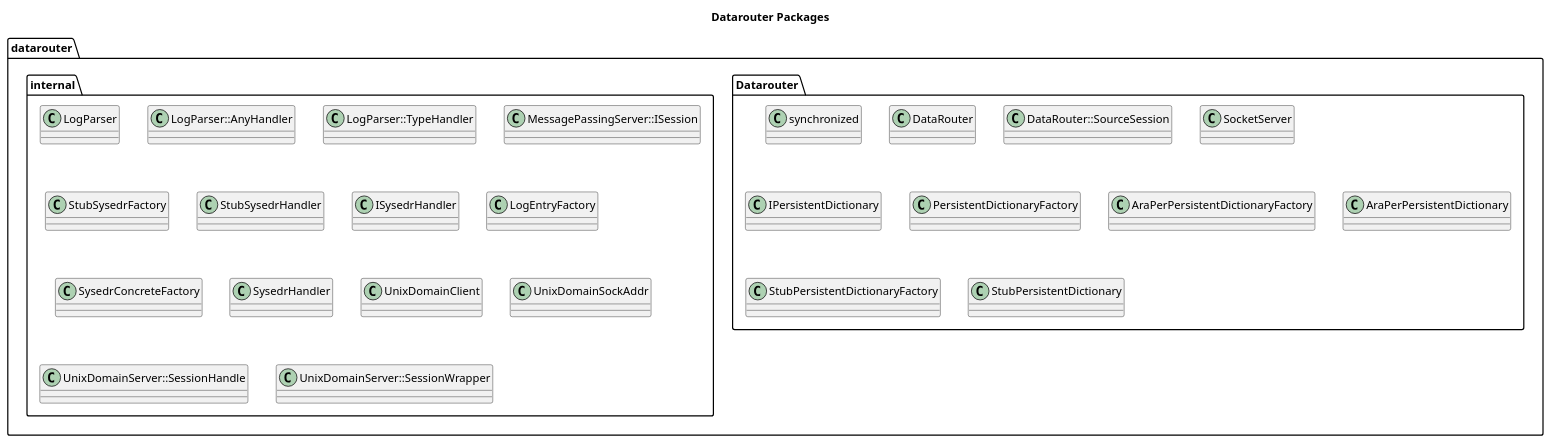
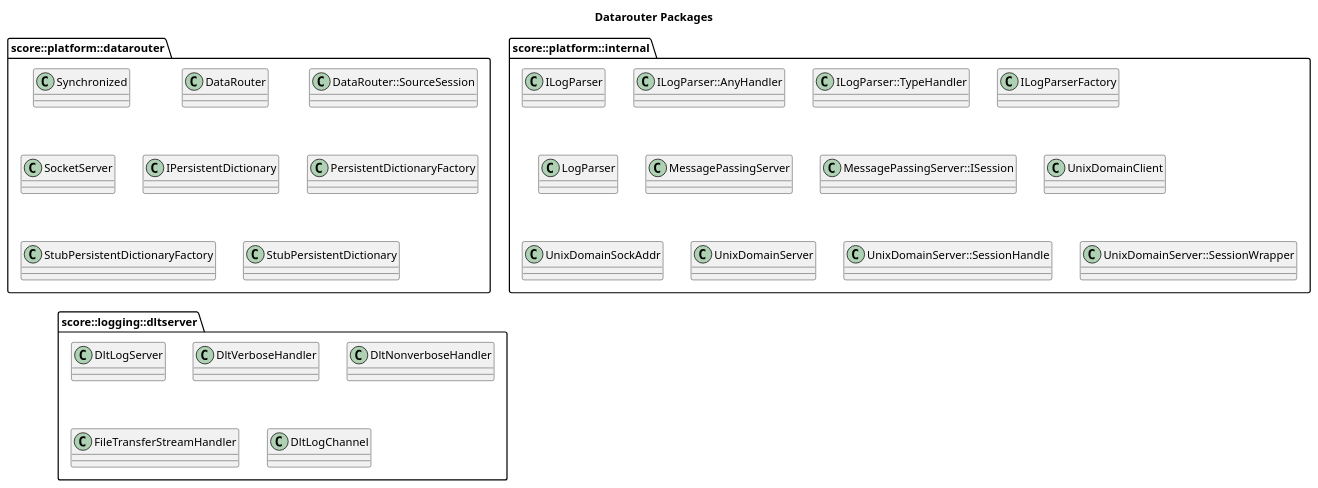
One commit to eclipse-score/logging changed the diagram in score/datarouter/doc/design/uml/package-datarouter.puml. Above: the diagram before and after it, drawn with PlantUML. The commit also changed 11 other files, not shown here.

First line of the commit message:
docs(datarouter): clean up obsolete persistency diagrams and fix UML diagrams

```diff
--- a/score/datarouter/doc/design/uml/package-datarouter.puml
+++ b/score/datarouter/doc/design/uml/package-datarouter.puml
@@ -14,37 +14,39 @@
 @startuml
 
 title Datarouter Packages
 
-package datarouter {
-  package Datarouter {
-    class synchronized
-    class DataRouter
-    class DataRouter::SourceSession
-    class SocketServer
-    class IPersistentDictionary
-    class PersistentDictionaryFactory
-    class AraPerPersistentDictionaryFactory
-    class AraPerPersistentDictionary
-    class StubPersistentDictionaryFactory
-    class StubPersistentDictionary
-  }
+package "score::platform::datarouter" {
+  class Synchronized
+  class DataRouter
+  class DataRouter::SourceSession
+  class SocketServer
+  class IPersistentDictionary
+  class PersistentDictionaryFactory
+  class StubPersistentDictionaryFactory
+  class StubPersistentDictionary
+}
 
-  package internal {
-    class LogParser
-    class LogParser::AnyHandler
-    class LogParser::TypeHandler
-    class MessagePassingServer::ISession
-    class StubSysedrFactory
-    class StubSysedrHandler
-    class ISysedrHandler
-    class LogEntryFactory
-    class SysedrConcreteFactory
-    class SysedrHandler
-    class UnixDomainClient
-    class UnixDomainSockAddr
-    class UnixDomainServer::SessionHandle
-    class UnixDomainServer::SessionWrapper
-  }
+package "score::platform::internal" {
+  class ILogParser
+  class ILogParser::AnyHandler
+  class ILogParser::TypeHandler
+  class ILogParserFactory
+  class LogParser
+  class MessagePassingServer
+  class MessagePassingServer::ISession
+  class UnixDomainClient
+  class UnixDomainSockAddr
+  class UnixDomainServer
+  class UnixDomainServer::SessionHandle
+  class UnixDomainServer::SessionWrapper
+}
+
+package "score::logging::dltserver" {
+  class DltLogServer
+  class DltVerboseHandler
+  class DltNonverboseHandler
+  class FileTransferStreamHandler
+  class DltLogChannel
 }
 
 @enduml
```
